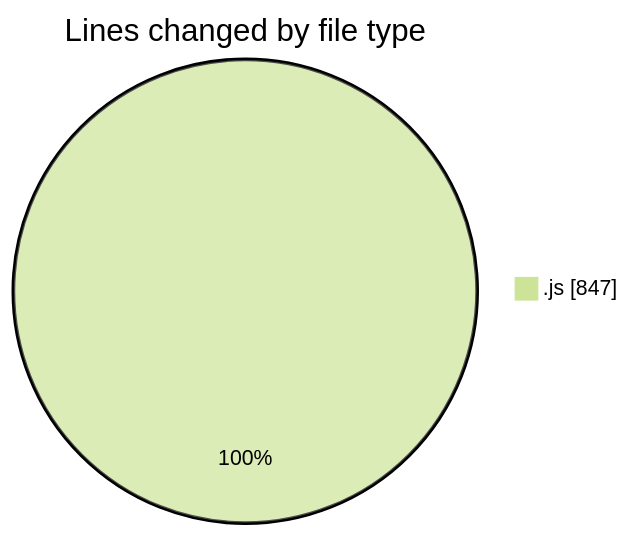
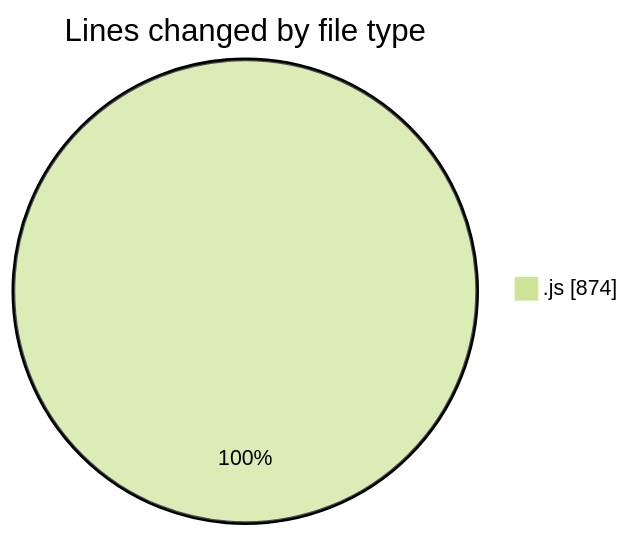
The first of 2 diagrams in 2025-09-08/cashcalculator/README.md (nxtqubesakshisongat/code-tracking), drawn with Mermaid (forest theme) before and after one commit. The commit also changed other lines of this file and 1 other file, not shown here.

````diff
--- a/2025-09-08/cashcalculator/README.md
+++ b/2025-09-08/cashcalculator/README.md
@@ -20,5 +20,5 @@
 ```mermaid
 pie showData
 title Lines changed by file type
-".js" : 847
+".js" : 874
 ```
````
